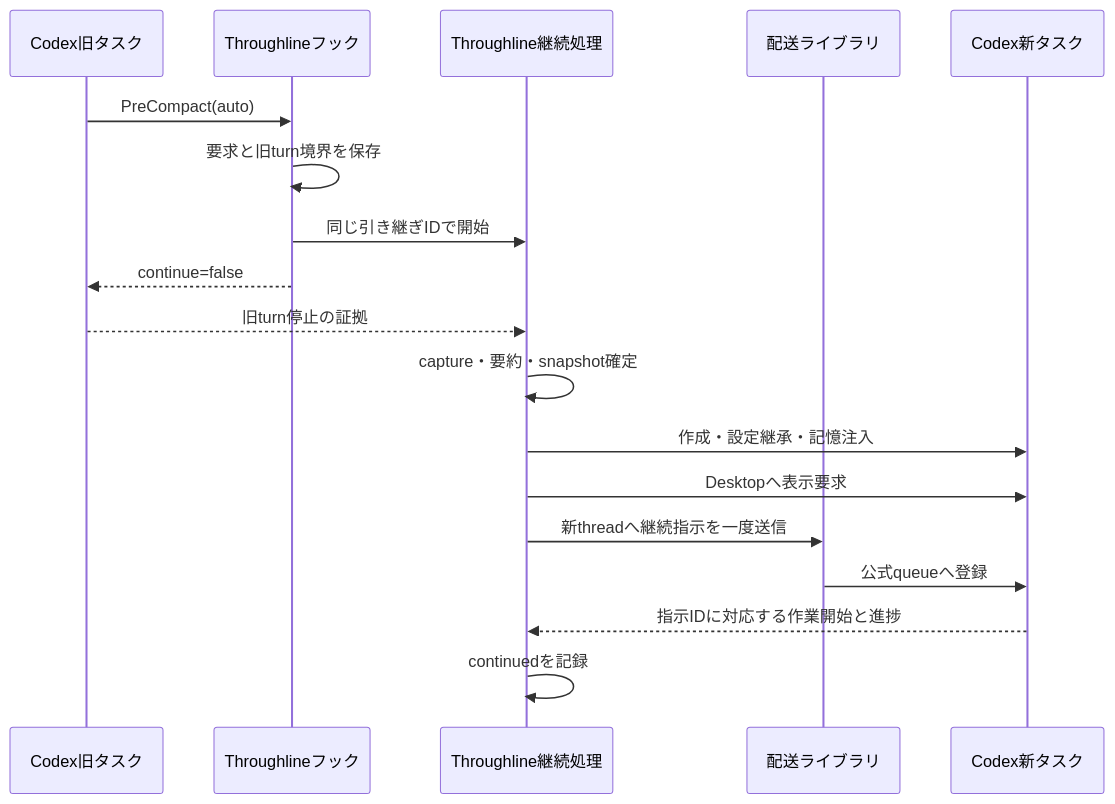
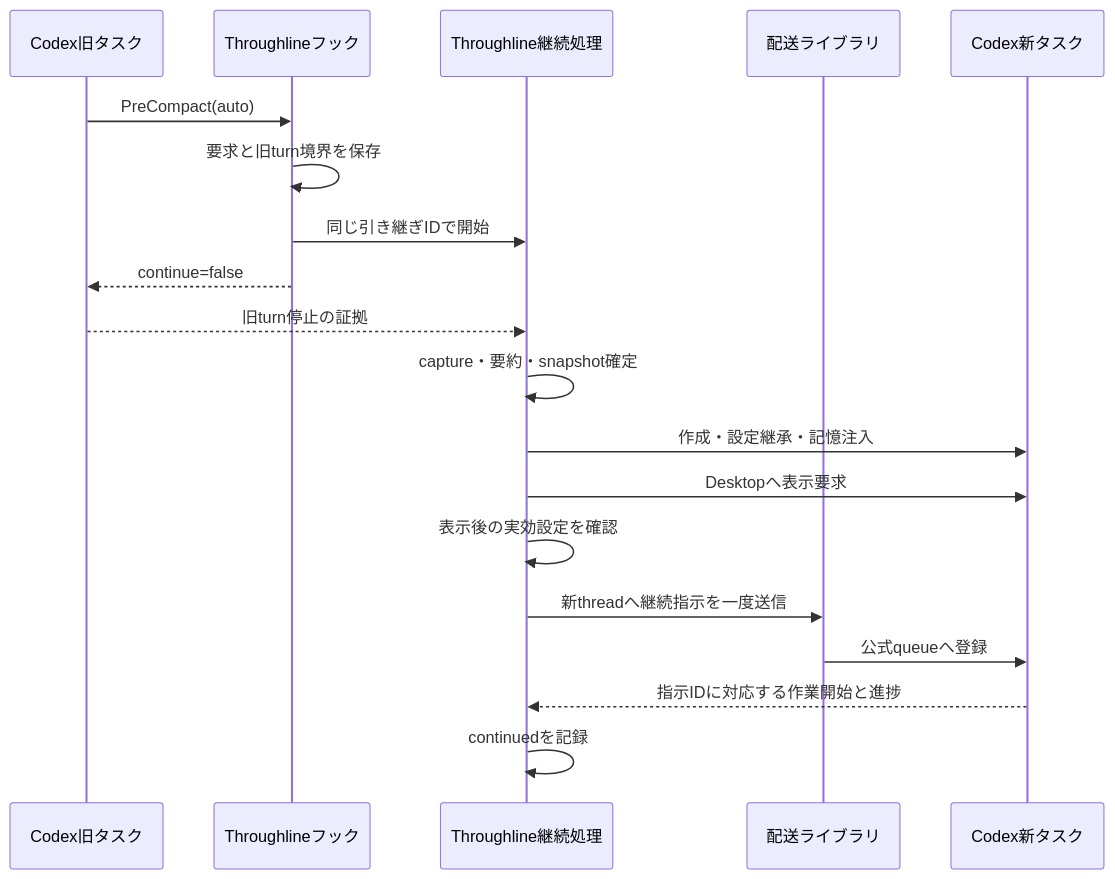
The diagram in docs/05_codex_first_roadmap.md (kitepon/Throughline), drawn with Mermaid before and after one commit. The commit also changed other lines of this file and 6 other files, not shown here.

````diff
--- a/docs/05_codex_first_roadmap.md
+++ b/docs/05_codex_first_roadmap.md
@@ -121,20 +124,21 @@
 ```mermaid
 sequenceDiagram
     participant H as Codex旧タスク
     participant F as Throughlineフック
     participant W as Throughline継続処理
     participant D as 配送ライブラリ
     participant N as Codex新タスク
     H->>F: PreCompact(auto)
     F->>F: 要求と旧turn境界を保存
     F->>W: 同じ引き継ぎIDで開始
     F-->>H: continue=false
     H-->>W: 旧turn停止の証拠
     W->>W: capture・要約・snapshot確定
     W->>N: 作成・設定継承・記憶注入
     W->>N: Desktopへ表示要求
+    W->>W: 表示後の実効設定を確認
     W->>D: 新threadへ継続指示を一度送信
     D->>N: 公式queueへ登録
     N-->>W: 指示IDに対応する作業開始と進捗
     W->>W: continuedを記録
 ```
````
